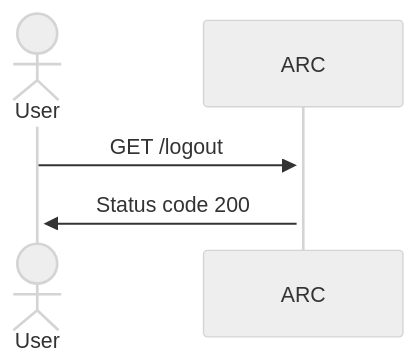
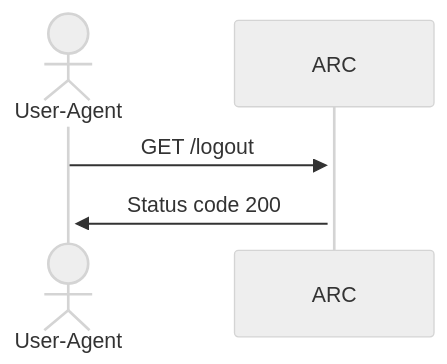
The diagram in design/arc/oneidentity-integration/sequence_diagram_logout.mmd (pagopa/p4pa-doc), drawn with Mermaid (neutral theme) before and after one commit. The commit also changed 3 other files, not shown here.

Commit message:
P4PU-171 added sequence diagrams for oneidentity DR

```diff
--- a/design/arc/oneidentity-integration/sequence_diagram_logout.mmd
+++ b/design/arc/oneidentity-integration/sequence_diagram_logout.mmd
@@ -1,7 +1,7 @@
 sequenceDiagram
 
-    actor User
+    actor User-Agent
     participant ARC
 
-    User ->>+ ARC: GET /logout
-    ARC ->>+ User: Status code 200
+    User-Agent ->>+ ARC: GET /logout
+    ARC ->>+ User-Agent: Status code 200
```
